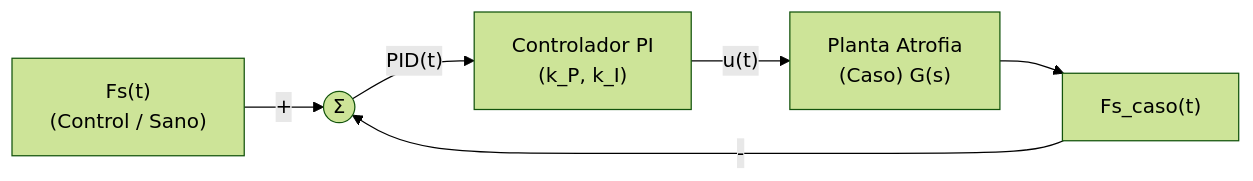
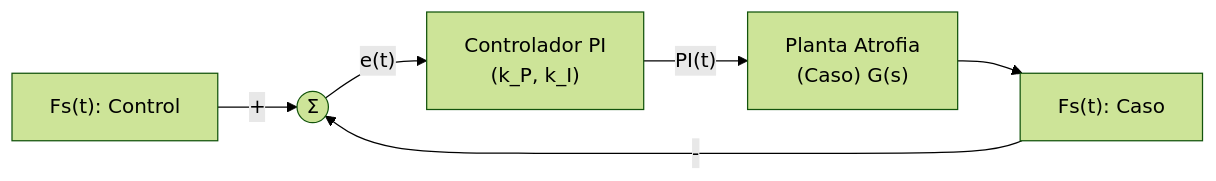
Before and after one commit to EmiCrack132/MSFP3: the first of 2 diagrams in README.md, drawn with Mermaid (forest theme). The commit also changed other lines of this file, not shown here.

````diff
--- a/README.md
+++ b/README.md
@@ -229,8 +230,8 @@
 ```mermaid
 flowchart LR
-    R["Fs(t)<br/>(Control / Sano)"] -->|"+"| SUM(("Σ"))
-    SUM -->|"PID(t)"| PI["Controlador PI<br/>(k_P, k_I)"]
-    PI -->|"u(t)"| CASE["Planta Atrofia<br/>(Caso) G(s)"]
-    CASE --> OUTPUT["Fs_caso(t)"]
-    OUTPUT -->|" - "| SUM
+    R["Fs(t): Control"] -->|"+"| SUM(("Σ"))
+    SUM -->|"e(t)"| PI["Controlador PI<br/>(k_P, k_I)"]
+    PI -->|"PI(t)"| CASE["Planta Atrofia<br/>(Caso) G(s)"]
+    CASE --> OUTPUT["Fs(t): Caso"]
+    OUTPUT -->|"- "| SUM
 ```
````
